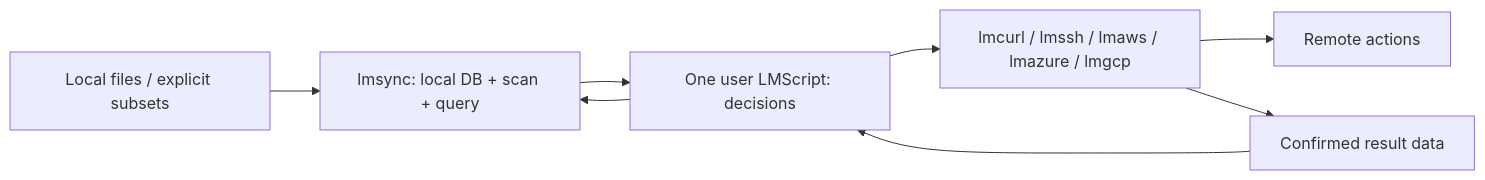
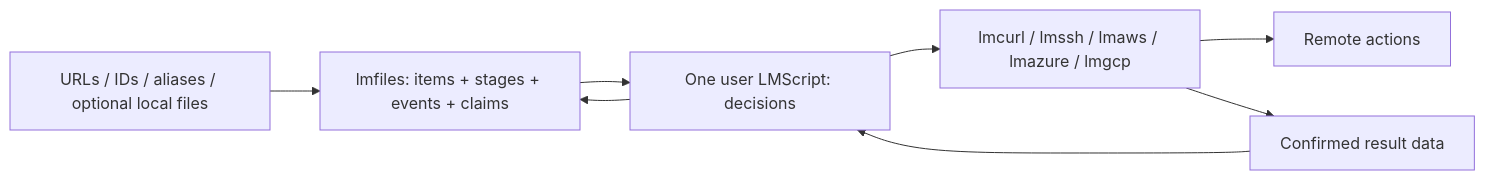
Before and after one commit to lmctl-ai/lmaws: the diagram in docs/LMSYNC_DESIGN.md, drawn with Mermaid. The commit also changed other lines of this file and 2 other files, not shown here.

````diff
--- a/docs/LMSYNC_DESIGN.md
+++ b/docs/LMSYNC_DESIGN.md
@@ -47,10 +60,10 @@
 ```mermaid
 flowchart LR
-  F[Local files / explicit subsets] --> S[lmsync: local DB + scan + query]
+  F[URLs / IDs / aliases / optional local files] --> S[lmfiles: items + stages + events + claims]
   S --> J[One user LMScript: decisions]
   J --> H[lmcurl / lmssh / lmaws / lmazure / lmgcp]
   H --> R[Remote actions]
   H --> C[Confirmed result data]
   C --> J
   J --> S
 ```
````
